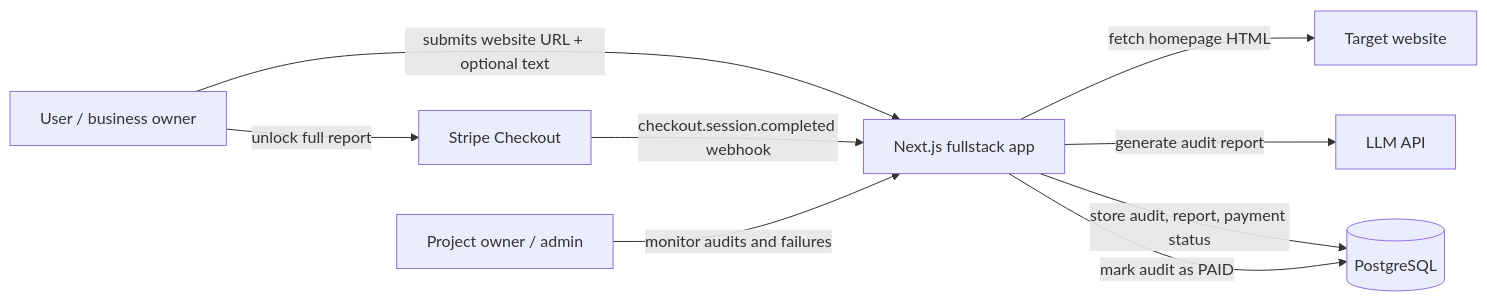
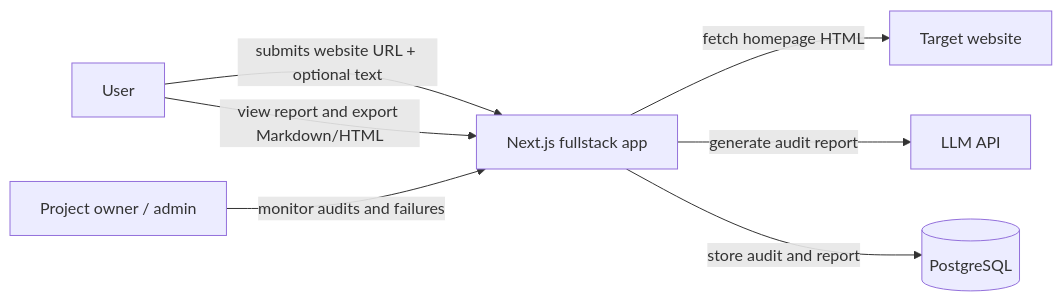
The first of 10 diagrams in docs/ARCHITECTURE.md (Luxion07/sitegap-ai), drawn with Mermaid before and after one commit. The commit also changed other lines of this file and 15 other files, not shown here.

````diff
--- a/docs/ARCHITECTURE.md
+++ b/docs/ARCHITECTURE.md
@@ -15,19 +15,16 @@
 ```mermaid
 flowchart LR
-  User[User / business owner]
+  User[User]
   Admin[Project owner / admin]
   App[Next.js fullstack app]
   DB[(PostgreSQL)]
   LLM[LLM API]
-  Stripe[Stripe Checkout]
   Website[Target website]
 
   User -->|submits website URL + optional text| App
   App -->|fetch homepage HTML| Website
   App -->|generate audit report| LLM
-  App -->|store audit, report, payment status| DB
-  User -->|unlock full report| Stripe
-  Stripe -->|checkout.session.completed webhook| App
-  App -->|mark audit as PAID| DB
+  App -->|store audit and report| DB
+  User -->|view report and export Markdown/HTML| App
   Admin -->|monitor audits and failures| App
 ```
````
